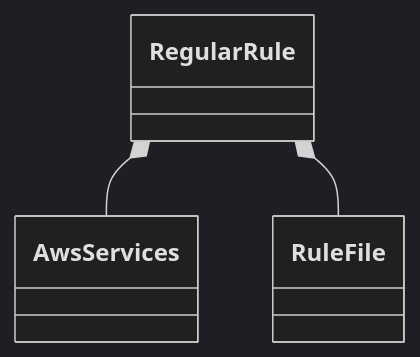
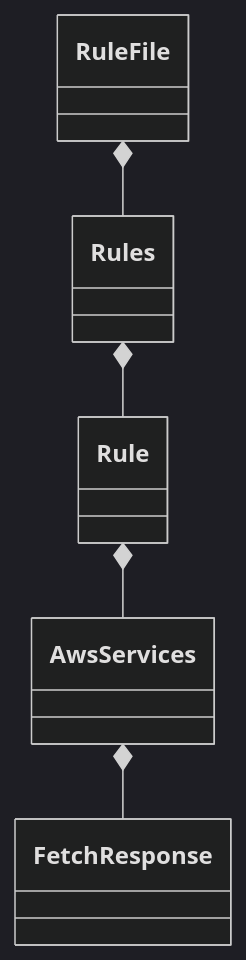
The second of 2 diagrams in README.md (bun913/textlint-rule-aws-service-name), drawn with Mermaid (dark theme) before and after one commit. The commit also changed other lines of this file, not shown here.

````diff
--- a/README.md
+++ b/README.md
@@ -9,5 +42,7 @@
 ```mermaid
 classDiagram
-    RegularRule *-- AwsServices
-    RegularRule *-- RuleFile
+    RuleFile *-- Rules
+    Rules *-- Rule
+    Rule *-- AwsServices
+    AwsServices *-- FetchResponse
 ```
````
